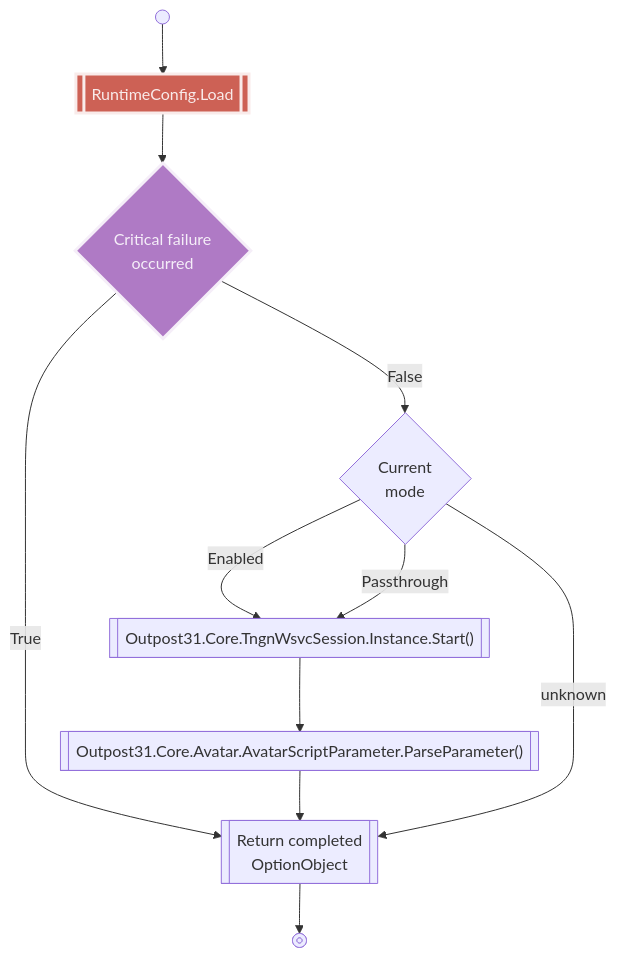
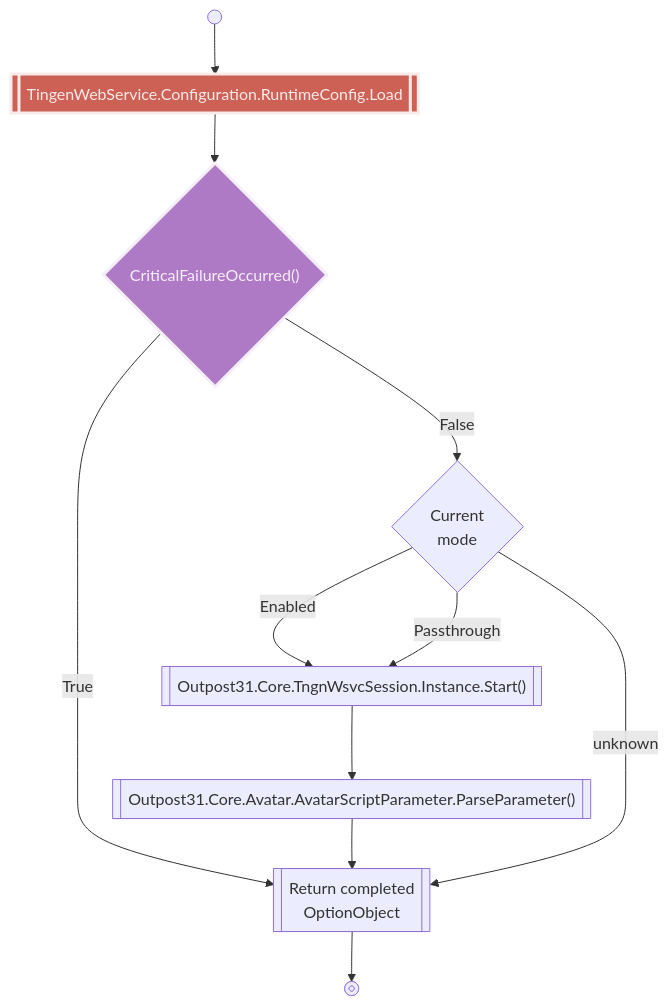
Before and after one commit to spectrum-health-systems/tingen-documentation: the first of 2 diagrams in static/workflow/tngnwsvc-asmx.md, drawn with Mermaid. The commit also changed other lines of this file, not shown here.

````diff
--- a/static/workflow/tngnwsvc-asmx.md
+++ b/static/workflow/tngnwsvc-asmx.md
@@ -5,29 +5,27 @@
 ```mermaid
 flowchart TB
     %% Components
     Start@{shape: sm-circ, label: "Start"}
-    RuntimeConfig.Load@{shape: fr-rect, label: "RuntimeConfig.Load"}
-    CriticalFailureOccurred@{shape: diam, label: "Critical failure\noccurred"}
+    RuntimeConfig.Load@{shape: fr-rect, label: "TingenWebService.Configuration.RuntimeConfig.Load"}
+    CriticalFailureOccurred@{shape: diam, label: "CriticalFailureOccurred()"}
     CurrentMode@{shape: diam, label: "Current\nmode"}
     Instance.Start@{shape: fr-rect, label: "Outpost31.Core.TngnWsvcSession.Instance.Start()"}
     ParseParameter@{shape: fr-rect, label: "Outpost31.Core.Avatar.AvatarScriptParameter.ParseParameter()"}
     ReturnOptionObject@{shape: fr-rect, label: "Return completed\nOptionObject"}
     Stop@{shape: fr-circ, label: "Release"}
     %% Layout
     Start --> RuntimeConfig.Load:::R2_ --> CriticalFailureOccurred:::P2_
     CriticalFailureOccurred --True--> ReturnOptionObject
     CriticalFailureOccurred --False--> CurrentMode
     CurrentMode:::G8
     CurrentMode --Enabled--> Instance.Start
     CurrentMode --Passthrough--> Instance.Start
     Instance.Start --> ParseParameter
     ParseParameter --> ReturnOptionObject
     CurrentMode --unknown --> ReturnOptionObject
     ReturnOptionObject -->  Stop
     %% Styles
     classDef R2_ stroke:#f9ebea,stroke-width:3px,fill:#CD6155,color:#f9ebea
     classDef P2_ stroke:#f5eef8,stroke-width:3px,fill:#af7ac5,color:#f5eef8
     classDef G8_ stroke:#145a32,stroke-width:3px,fill:#1d8348,color:#e9f7ef
-
-
 ```
````
